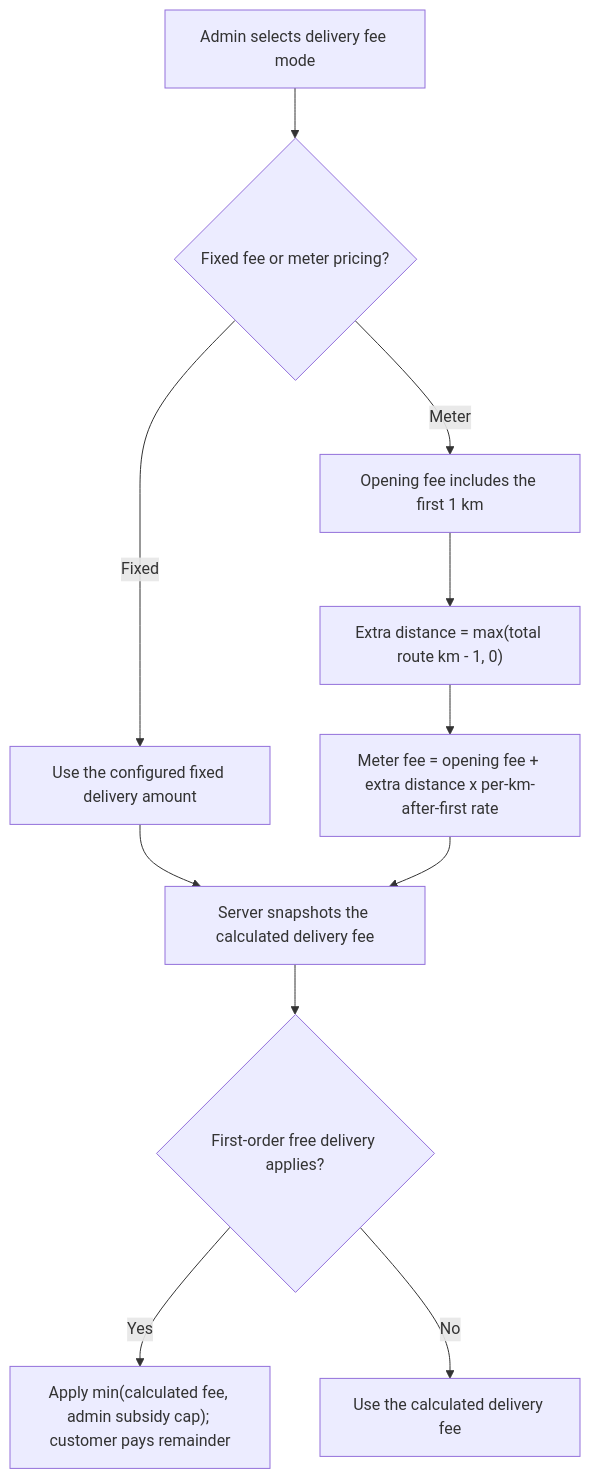
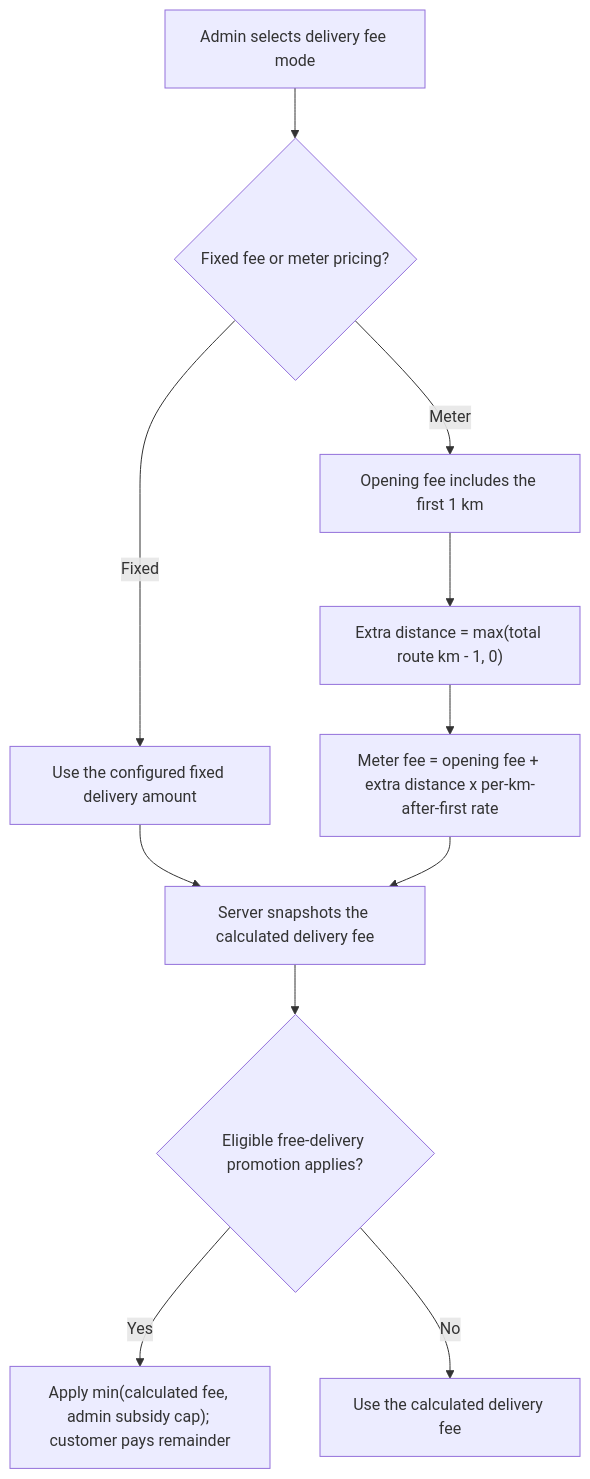
One commit to ziadelsayed2004/codzhub.projects changed the third of 6 diagrams in yalla.halan.docs/PRD.md. Above: the diagram before and after it, drawn with Mermaid. The commit also changed other lines of this file and 1 other file, not shown here.

````diff
--- a/yalla.halan.docs/PRD.md
+++ b/yalla.halan.docs/PRD.md
@@ -809,13 +827,13 @@
 ```mermaid
 flowchart TD
     A["Admin selects delivery fee mode"] --> B{"Fixed fee or meter pricing?"}
     B -- "Fixed" --> C["Use the configured fixed delivery amount"]
     B -- "Meter" --> D["Opening fee includes the first 1 km"]
     D --> E["Extra distance = max(total route km - 1, 0)"]
     E --> F["Meter fee = opening fee + extra distance x per-km-after-first rate"]
     C --> G["Server snapshots the calculated delivery fee"]
     F --> G
-    G --> H{"First-order free delivery applies?"}
+    G --> H{"Eligible free-delivery promotion applies?"}
     H -- "Yes" --> I["Apply min(calculated fee, admin subsidy cap); customer pays remainder"]
     H -- "No" --> J["Use the calculated delivery fee"]
 ```
````
